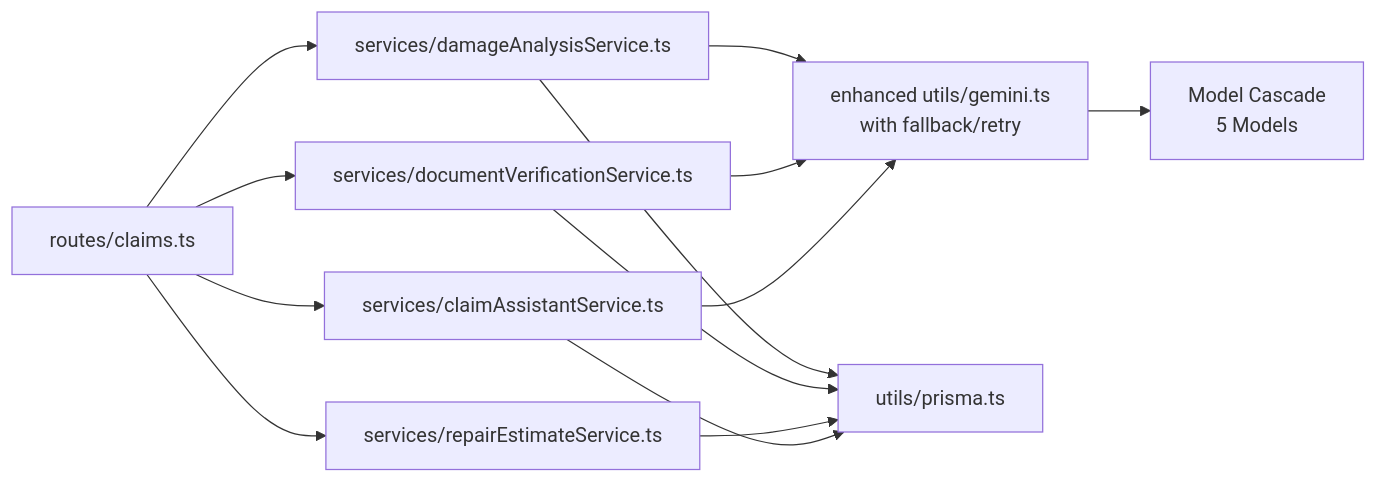
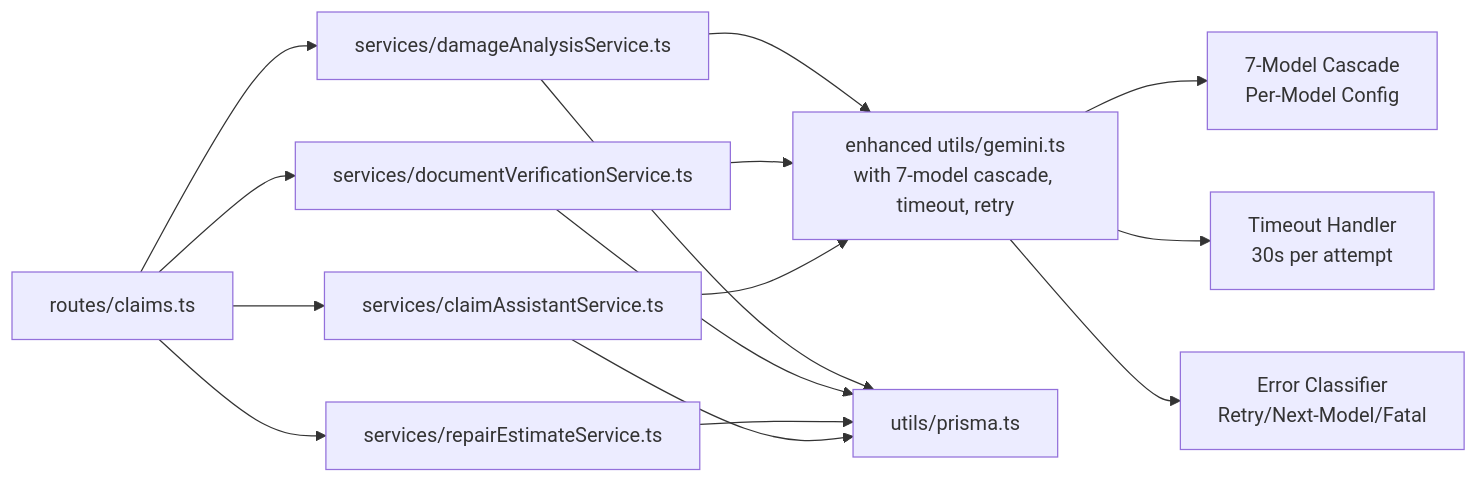
One commit to NaveenHiranya/Smart-Vehicle-Insurance-Claim-System changed the ninth of 9 diagrams in .qoder/repowiki/en/content/AI Services Integration/AI Services Integration.md. Above: the diagram before and after it, drawn with Mermaid. The commit also changed other lines of this file and 33 other files, not shown here.

````diff
--- a/.qoder/repowiki/en/content/AI Services Integration/AI Services Integration.md
+++ b/.qoder/repowiki/en/content/AI Services Integration/AI Services Integration.md
@@ -342,15 +348,17 @@
 ```mermaid
 graph LR
 Routes["routes/claims.ts"] --> S1["services/damageAnalysisService.ts"]
 Routes --> S2["services/documentVerificationService.ts"]
 Routes --> S3["services/repairEstimateService.ts"]
 Routes --> S4["services/claimAssistantService.ts"]
-S1 --> U["enhanced utils/gemini.ts<br/>with fallback/retry"]
+S1 --> U["enhanced utils/gemini.ts<br/>with 7-model cascade, timeout, retry"]
 S2 --> U
 S4 --> U
 S1 --> P["utils/prisma.ts"]
 S2 --> P
 S3 --> P
 S4 --> P
-U --> MC["Model Cascade<br/>5 Models"]
+U --> MC["7-Model Cascade<br/>Per-Model Config"]
+U --> TH["Timeout Handler<br/>30s per attempt"]
+U --> EC["Error Classifier<br/>Retry/Next-Model/Fatal"]
 ```
````
